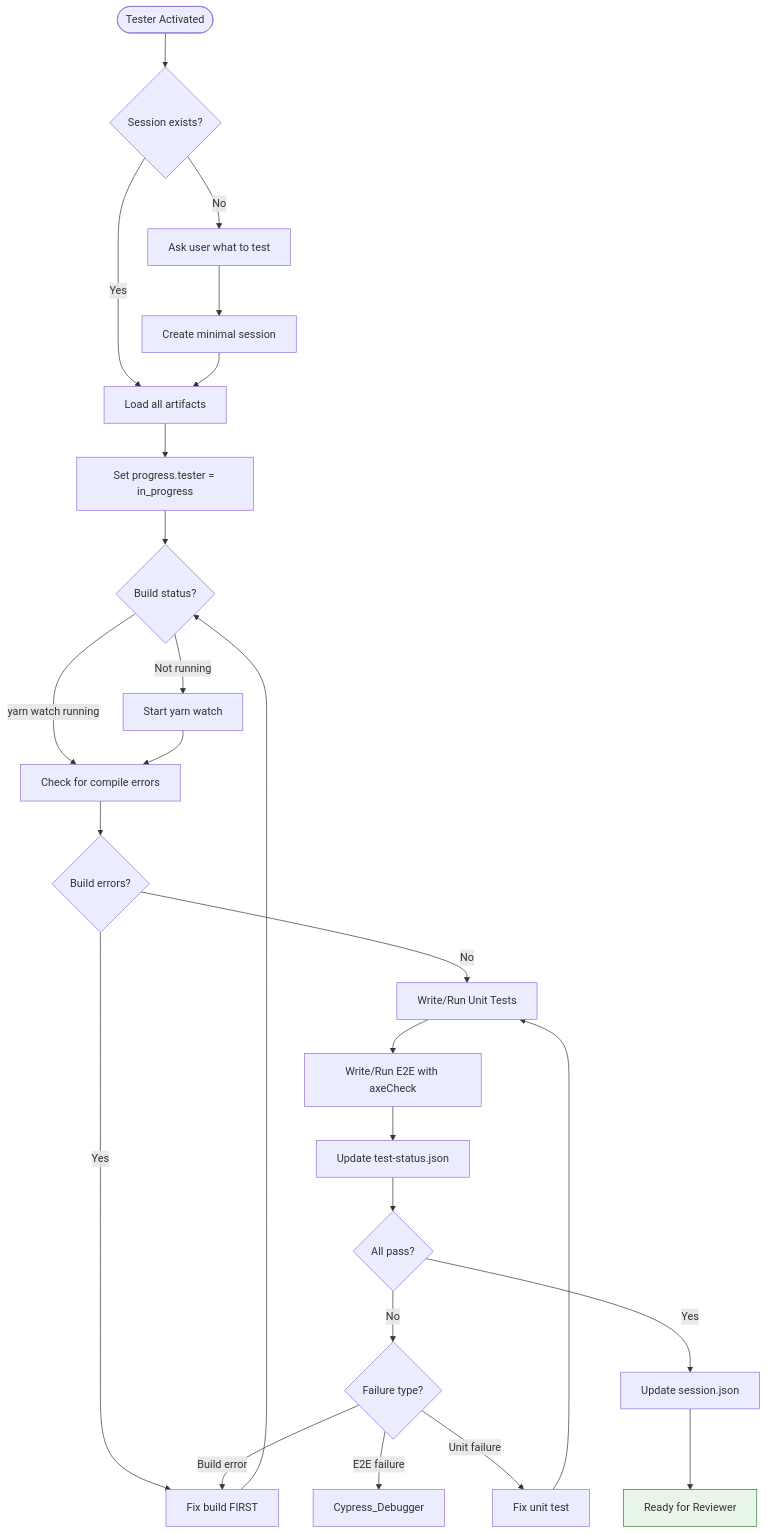
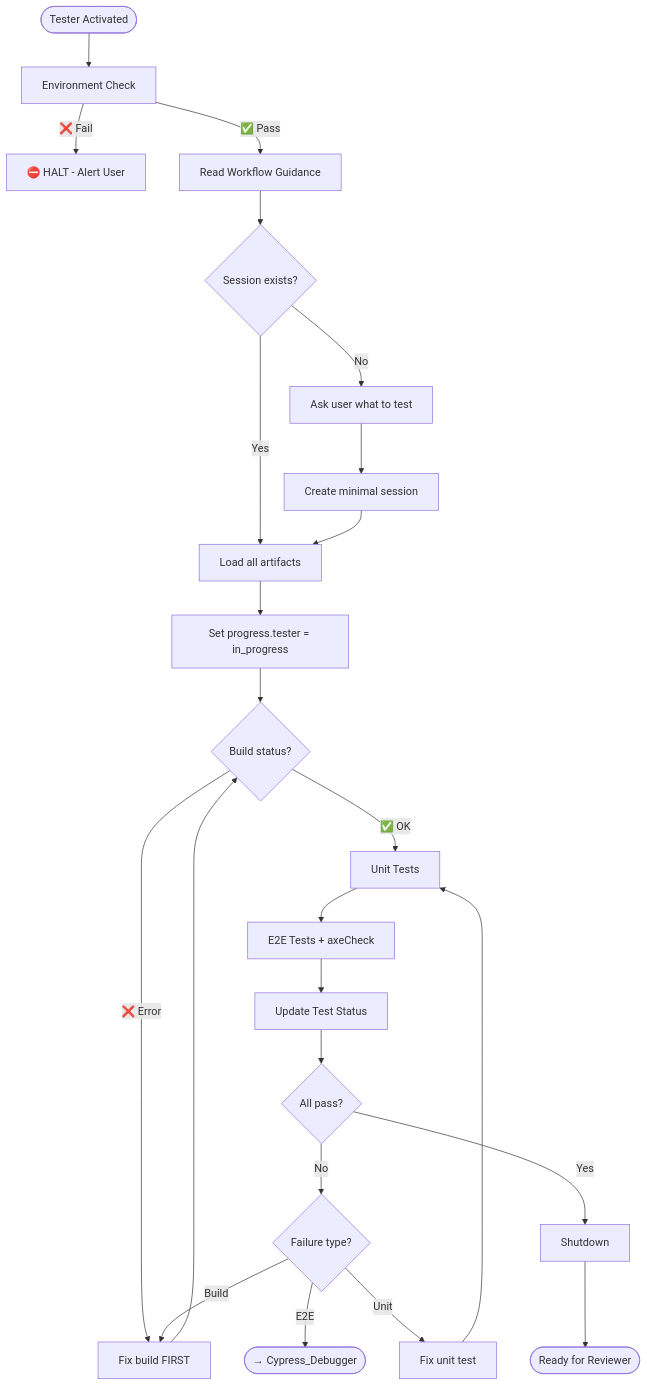
Before and after one commit to department-of-veterans-affairs/vets-website: the diagram in .github/agents/tester.agent.md, drawn with Mermaid. The commit also changed other lines of this file and 7 other files, not shown here.

Commit message:
Lock in flows, be more explicit about environment guard

````diff
--- a/.github/agents/tester.agent.md
+++ b/.github/agents/tester.agent.md
@@ -51,35 +124,31 @@
 ```mermaid
 flowchart TD
-    Start([Tester Activated]) --> LoadArtifacts{Session exists?}
-    LoadArtifacts -->|No| AskUser[Ask user what to test]
-    LoadArtifacts -->|Yes| ReadSession[Load all artifacts]
+    Start([Tester Activated]) --> EnvCheck[Environment Check]
+    EnvCheck -->|❌ Fail| Halt[⛔ HALT - Alert User]
+    EnvCheck -->|✅ Pass| Guidance[Read Workflow Guidance]
+    
+    Guidance --> SessionCheck{Session exists?}
+    SessionCheck -->|No| AskUser[Ask user what to test]
+    SessionCheck -->|Yes| LoadSession[Load all artifacts]
     AskUser --> CreateSession[Create minimal session]
-    CreateSession --> ReadSession
+    CreateSession --> LoadSession
     
-    ReadSession --> UpdateProgress[Set progress.tester = in_progress]
+    LoadSession --> UpdateProgress[Set progress.tester = in_progress]
     UpdateProgress --> BuildCheck{Build status?}
+    BuildCheck -->|❌ Error| FixBuild[Fix build FIRST]
+    FixBuild --> BuildCheck
+    BuildCheck -->|✅ OK| Unit[Unit Tests]
     
-    BuildCheck -->|yarn watch running| CheckErrors[Check for compile errors]
-    BuildCheck -->|Not running| StartWatch[Start yarn watch]
-    StartWatch --> CheckErrors
+    Unit --> E2E[E2E Tests + axeCheck]
+    E2E --> UpdateStatus[Update Test Status]
+    UpdateStatus --> Pass{All pass?}
     
-    CheckErrors --> HasErrors{Build errors?}
-    HasErrors -->|Yes| FixBuild[Fix build FIRST]
-    FixBuild --> BuildCheck
-    
-    HasErrors -->|No| Unit[Write/Run Unit Tests]
-    Unit --> E2E[Write/Run E2E with axeCheck]
-    E2E --> UpdateTestStatus[Update test-status.json]
-    UpdateTestStatus --> Pass{All pass?}
-    
-    Pass -->|No| DiagnoseType{Failure type?}
-    DiagnoseType -->|Build error| FixBuild
-    DiagnoseType -->|E2E failure| Cypress_Debugger
-    DiagnoseType -->|Unit failure| FixUnit[Fix unit test]
+    Pass -->|No| FailType{Failure type?}
+    FailType -->|Build| FixBuild
+    FailType -->|E2E| Cypress_Debugger([→ Cypress_Debugger])
+    FailType -->|Unit| FixUnit[Fix unit test]
     FixUnit --> Unit
     
-    Pass -->|Yes| FinalUpdate[Update session.json]
-    FinalUpdate --> Output[Ready for Reviewer]
-    
-    style Output fill:#e8f5e9,stroke:#2e7d32
+    Pass -->|Yes| Shutdown[Shutdown]
+    Shutdown --> Done([Ready for Reviewer])
 ```
````
